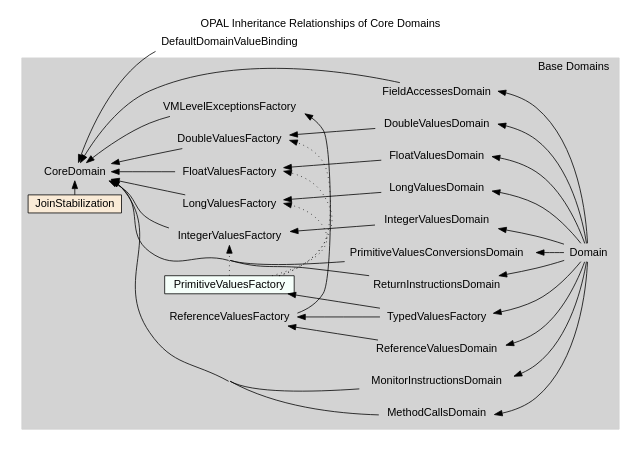
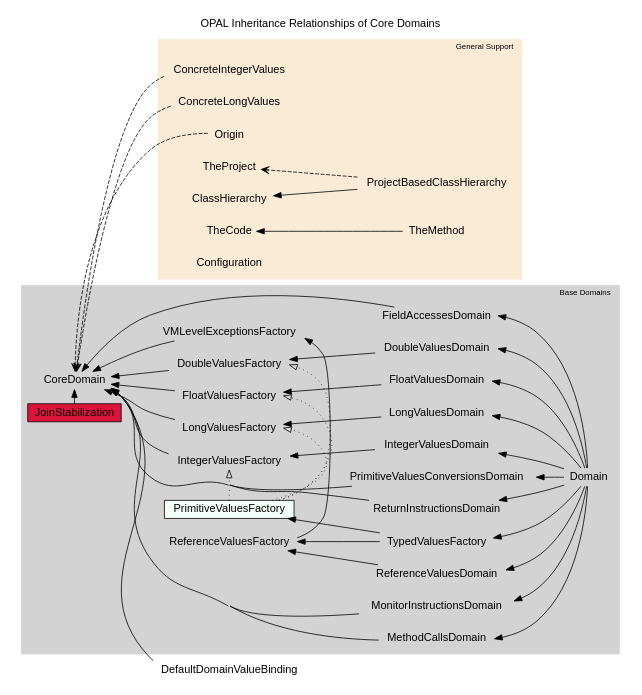
Before and after one commit to opalj/opal: the diagram in OPAL/ai/src/main/scala/org/opalj/ai/OPAL-Domains.dot, drawn with Graphviz. The commit also changed 1 other file, not shown here.

Commit message:
added a rendering of the most important domains

```diff
--- a/OPAL/ai/src/main/scala/org/opalj/ai/OPAL-Domains.dot
+++ b/OPAL/ai/src/main/scala/org/opalj/ai/OPAL-Domains.dot
@@ -1,97 +1,111 @@
 digraph OPALDomains {
 	compound=true;
 	concentrate=true;
 	fontname=Helvetica;
 	dpi=50;
 	node [fontname=Helvetica,shape=plaintext,margin="0.05,0.05",height=0];
 	edge [fontname=Helvetica];
 
 	rankdir = RL;
 
 	subgraph cluster_base_domains {
-		//rankdir = RL;
 		style=filled;
     color=lightgrey;
-		//shape=rectangle;
+		fontsize=10;
+
 		//{rank=sink; CoreDomain;}
 		//{rank=source; Domain;}
 		IntegerValuesDomain -> IntegerValuesFactory -> CoreDomain;
 		LongValuesDomain -> LongValuesFactory -> CoreDomain;
 		FloatValuesDomain -> FloatValuesFactory -> CoreDomain;
 		DoubleValuesDomain -> DoubleValuesFactory -> CoreDomain;
 		ReferenceValuesDomain -> ReferenceValuesFactory -> VMLevelExceptionsFactory -> CoreDomain;
 
-		PrimitiveValuesFactory -> IntegerValuesFactory [style=dotted];
-		PrimitiveValuesFactory -> LongValuesFactory [style=dotted];
-		PrimitiveValuesFactory -> FloatValuesFactory [style=dotted];
-		PrimitiveValuesFactory -> DoubleValuesFactory [style=dotted];
+		PrimitiveValuesFactory -> IntegerValuesFactory [style=dotted,arrowhead=onormal];
+		PrimitiveValuesFactory -> LongValuesFactory [style=dotted,arrowhead=onormal];
+		PrimitiveValuesFactory -> FloatValuesFactory [style=dotted,arrowhead=onormal];
+		PrimitiveValuesFactory -> DoubleValuesFactory [style=dotted,arrowhead=onormal];
 		PrimitiveValuesFactory [style=filled,fillcolor=mintcream,shape=rectangle];
 
 		JoinStabilization -> CoreDomain;
-		JoinStabilization [style=filled,fillcolor=antiquewhite,shape=rectangle];
+		JoinStabilization [style=filled,fillcolor=crimson,shape=rectangle];
 
 		Domain -> IntegerValuesDomain;
 		Domain -> LongValuesDomain;
 		Domain -> FloatValuesDomain;
 		Domain -> DoubleValuesDomain;
 		Domain -> ReferenceValuesDomain;
 		Domain -> FieldAccessesDomain -> CoreDomain;
 		Domain -> MethodCallsDomain -> CoreDomain;
 		Domain -> MonitorInstructionsDomain -> CoreDomain;
 		Domain -> ReturnInstructionsDomain -> CoreDomain;
 		Domain -> PrimitiveValuesConversionsDomain -> CoreDomain;
 		Domain -> TypedValuesFactory -> { PrimitiveValuesFactory; ReferenceValuesFactory;};
 
 		{rank=same;
 			MethodCallsDomain;
 			FieldAccessesDomain;
 			MonitorInstructionsDomain;
 			ReturnInstructionsDomain;
 			PrimitiveValuesConversionsDomain;
 			ReferenceValuesDomain;
 			IntegerValuesDomain;
 			LongValuesDomain;
 			FloatValuesDomain;
 			DoubleValuesDomain;
 		}
 		{rank=same;
 			ReferenceValuesFactory;
 			VMLevelExceptionsFactory;
 			PrimitiveValuesFactory;
 			IntegerValuesFactory;
 			LongValuesFactory;
 			FloatValuesFactory;
 			DoubleValuesFactory;
 		}
 	  {rank=same;
 			CoreDomain;
 			JoinStabilization;
 		}
 
 		label="Base Domains";
 		labeljust=l;
 	}
-/*
-	subgraph helper_domains {
+
+	subgraph cluster_helper_domains {
+		style=filled;
+		color=antiquewhite;
+		fontsize=10;
+
+		ConcreteIntegerValues -> CoreDomain [style=dashed,arrowhead=vee];
+		ConcreteLongValues -> CoreDomain [style=dashed,arrowhead=vee];
+		Origin -> CoreDomain [style=dashed,arrowhead=vee];
+		ProjectBasedClassHierarchy -> ClassHierarchy;
+		ProjectBasedClassHierarchy -> TheProject [style=dashed,arrowhead=vee];
+		TheProject;
+		TheMethod -> TheCode ;
+		Configuration;
+
+	{rank=same;
+		TheCode;
+		Origin;
 		ClassHierarchy;
 		TheProject;
-		TheMethod -> TheCode ;
-		ConcreteIntegerValues -> CoreDomain;
-		Origin -> CoreDomain;
+		ConcreteIntegerValues;
+		ConcreteLongValues;
 		Configuration;
+	}
 
 		label="General Support";
+		labeljust=l;
 	}
 
 	subgraph l0_domains {
 
 	}
 
-	{rank=same; CoreDomain; ClassHierarchy; TheProject; TheCode; Configuration}
-*/
-
 	DefaultDomainValueBinding -> CoreDomain;
 
 	label = "OPAL Inheritance Relationships of Core Domains";
 	labelloc = "t";
  }
```
